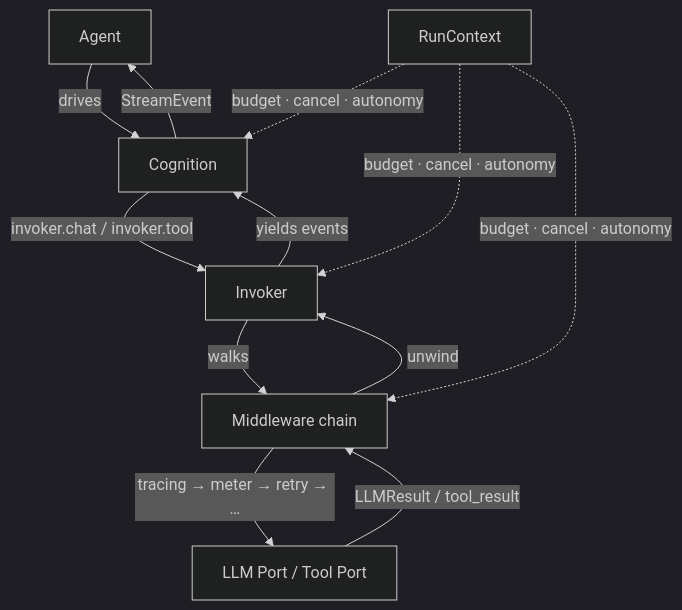
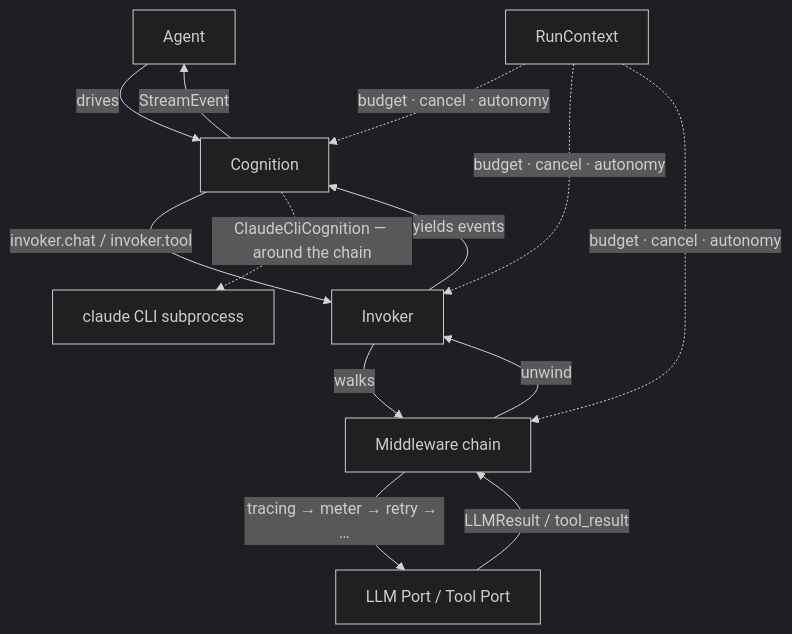
Before and after one commit to arc-labs-ai/agentkit: the diagram in docs/index.md, drawn with Mermaid (dark theme). The commit also changed other lines of this file and 6 other files, not shown here.

````diff
--- a/docs/index.md
+++ b/docs/index.md
@@ -116,14 +158,15 @@
 ```mermaid
 flowchart TB
     A[Agent] -->|drives| B[Cognition]
     B -->|invoker.chat / invoker.tool| C[Invoker]
     C -->|walks| D[Middleware chain]
     D -->|tracing → meter → retry → …| E[LLM Port / Tool Port]
     E -->|LLMResult / tool_result| D
     D -->|unwind| C
     C -->|yields events| B
     B -->|StreamEvent| A
     F[RunContext] -.->|budget · cancel · autonomy| B
     F -.->|budget · cancel · autonomy| C
     F -.->|budget · cancel · autonomy| D
+    B -.->|ClaudeCliCognition — around the chain| G[claude CLI subprocess]
 ```
````
